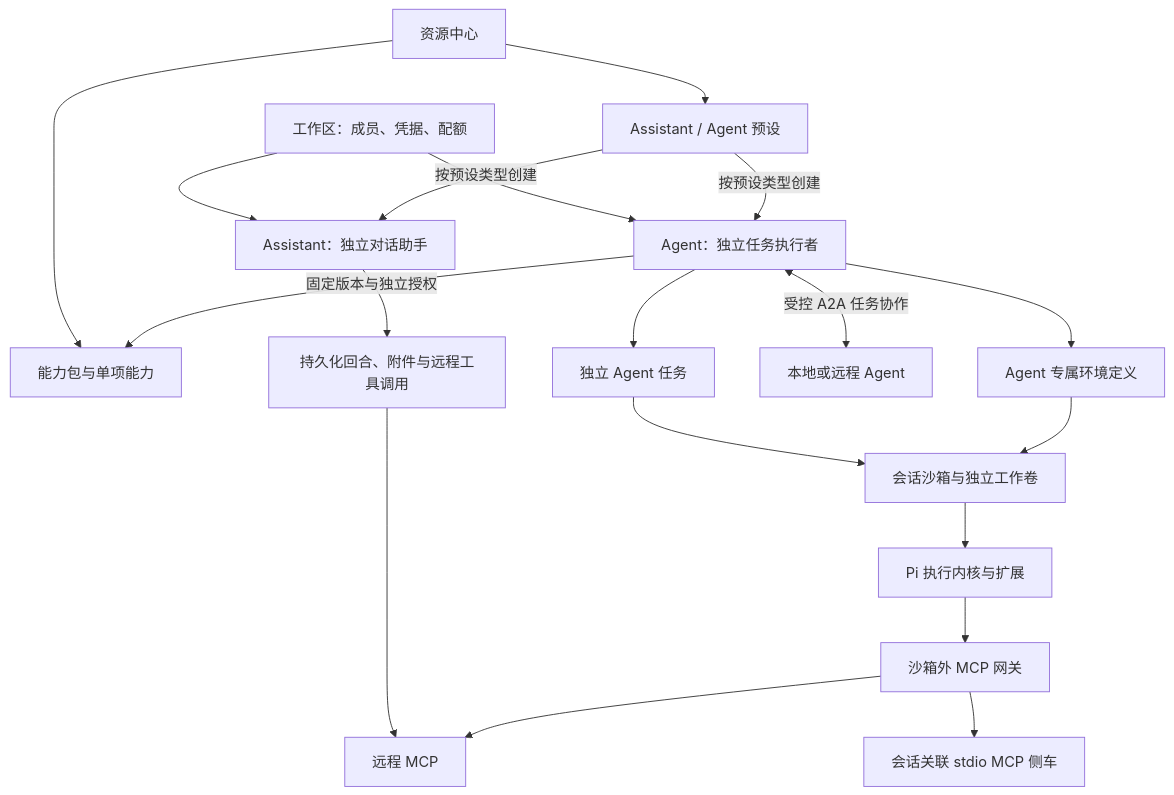
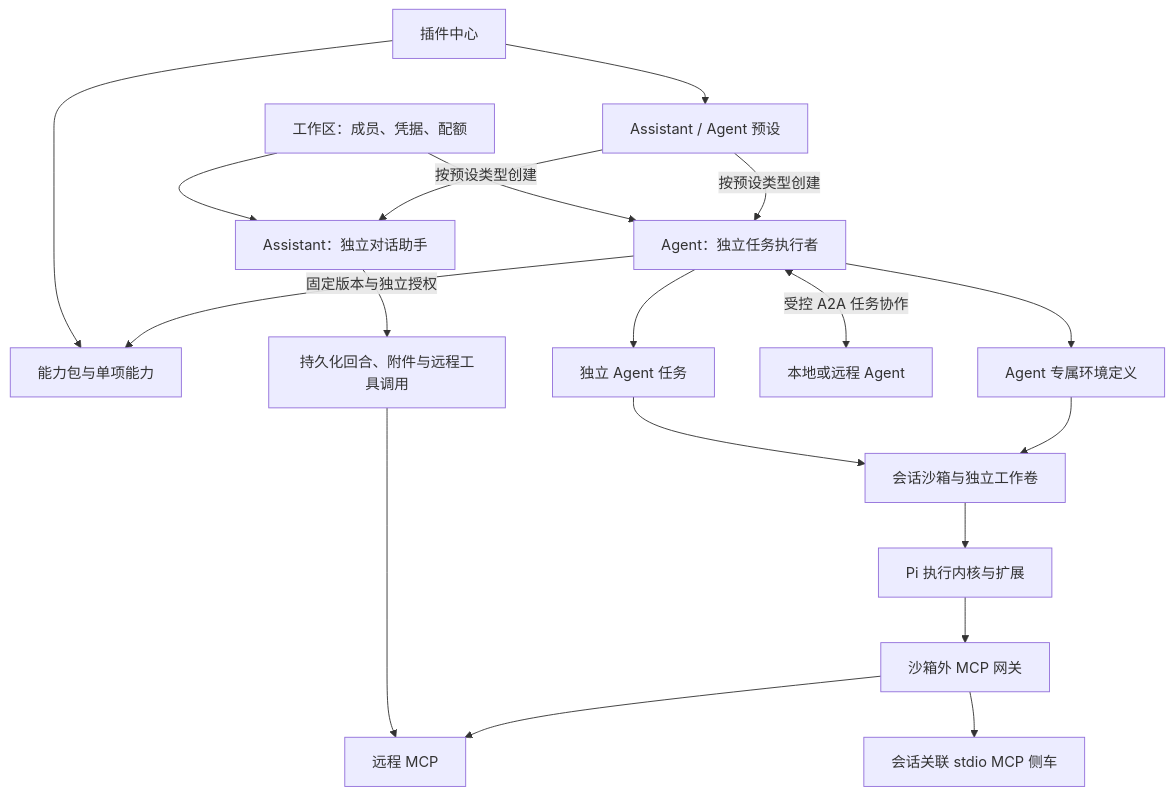
One commit to asharca/ToolPlane changed the first of 3 diagrams in plans/agent-first-capability-platform.md. Above: the diagram before and after it, drawn with Mermaid. The commit also changed other lines of this file and 823 other files, not shown here.

````diff
--- a/plans/agent-first-capability-platform.md
+++ b/plans/agent-first-capability-platform.md
@@ -117,21 +117,21 @@
 ```mermaid
 flowchart TB
     W[工作区：成员、凭据、配额] --> AS[Assistant：独立对话助手]
     W --> A[Agent：独立任务执行者]
-    R[资源中心] --> P[能力包与单项能力]
+    R[插件中心] --> P[能力包与单项能力]
     R --> T[Assistant / Agent 预设]
     T -->|按预设类型创建| AS
     T -->|按预设类型创建| A
     A -->|固定版本与独立授权| P
     AS --> CHAT[持久化回合、附件与远程工具调用]
     A --> TASK[独立 Agent 任务]
     A <-->|受控 A2A 任务协作| OTHER[本地或远程 Agent]
     A --> ENV[Agent 专属环境定义]
     TASK --> BOX[会话沙箱与独立工作卷]
     ENV --> BOX
     BOX --> PI[Pi 执行内核与扩展]
     CHAT --> MCP[远程 MCP]
     PI --> GW[沙箱外 MCP 网关]
     GW --> MCP
     GW --> STDIO[会话关联 stdio MCP 侧车]
 ```
````
